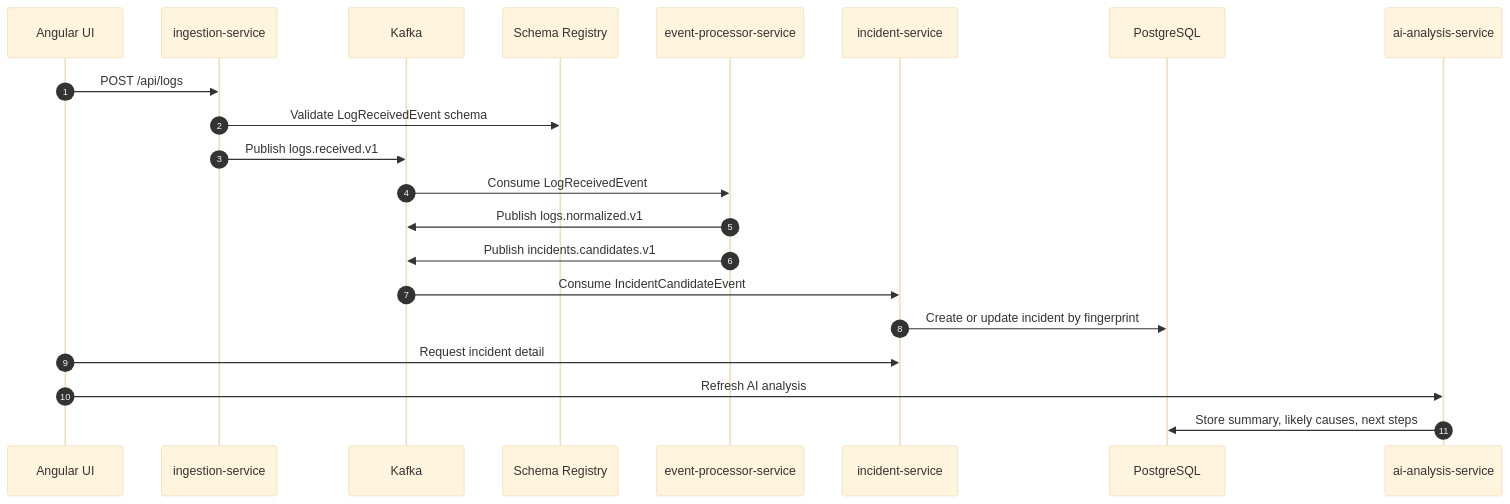
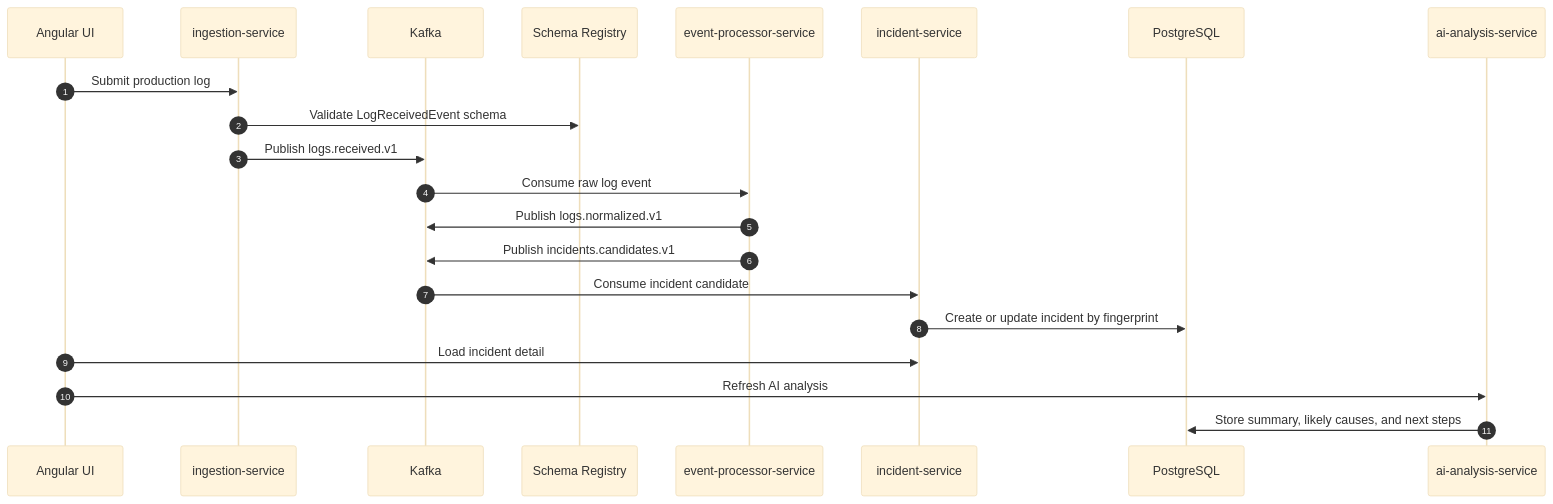
One commit to Mednj/incident-platform-AI changed the second of 3 diagrams in README.md. Above: the diagram before and after it, drawn with Mermaid (base theme). The commit also changed other lines of this file, not shown here.

````diff
--- a/README.md
+++ b/README.md
@@ -91,24 +92,24 @@
 ```mermaid
 sequenceDiagram
   autonumber
   participant UI as Angular UI
   participant ING as ingestion-service
   participant K as Kafka
   participant SR as Schema Registry
   participant EP as event-processor-service
   participant INC as incident-service
   participant DB as PostgreSQL
   participant AI as ai-analysis-service
 
-  UI->>ING: POST /api/logs
+  UI->>ING: Submit production log
   ING->>SR: Validate LogReceivedEvent schema
   ING->>K: Publish logs.received.v1
-  K->>EP: Consume LogReceivedEvent
+  K->>EP: Consume raw log event
   EP->>K: Publish logs.normalized.v1
   EP->>K: Publish incidents.candidates.v1
-  K->>INC: Consume IncidentCandidateEvent
+  K->>INC: Consume incident candidate
   INC->>DB: Create or update incident by fingerprint
-  UI->>INC: Request incident detail
+  UI->>INC: Load incident detail
   UI->>AI: Refresh AI analysis
-  AI->>DB: Store summary, likely causes, next steps
+  AI->>DB: Store summary, likely causes, and next steps
 ```
````
